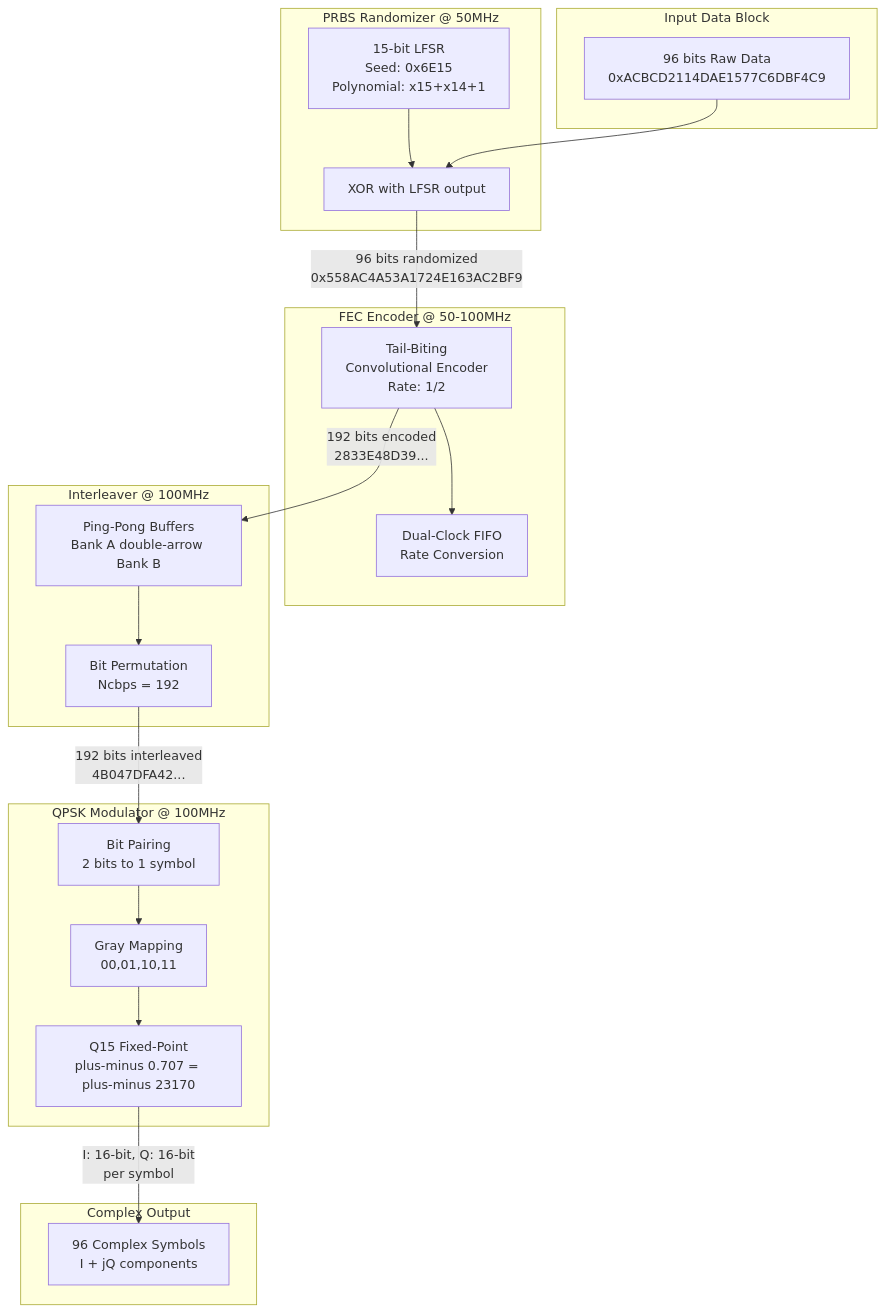
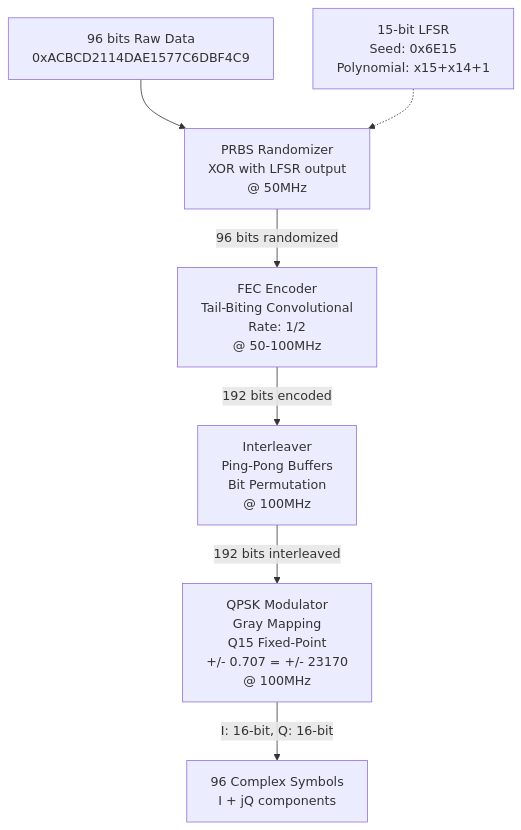
One commit to Johnny36000/ASIC_WIMAX_Project_Team_1 changed the first of 2 diagrams in README.md. Above: the diagram before and after it, drawn with Mermaid. The commit also changed other lines of this file and 34 other files, not shown here.

````diff
--- a/README.md
+++ b/README.md
@@ -38,41 +38,22 @@
 ```mermaid
 flowchart TD
-    subgraph Input[Input Data Block]
-        IN[96 bits Raw Data<br/>0xACBCD2114DAE1577C6DBF4C9]
-    end
+    IN[96 bits Raw Data<br/>0xACBCD2114DAE1577C6DBF4C9]
     
-    subgraph PRBS[PRBS Randomizer @ 50MHz]
-        LFSR[15-bit LFSR<br/>Seed: 0x6E15<br/>Polynomial: x15+x14+1]
-        XOR1[XOR with LFSR output]
-        LFSR --> XOR1
-    end
+    LFSR[15-bit LFSR<br/>Seed: 0x6E15<br/>Polynomial: x15+x14+1]
+    XOR1[PRBS Randomizer<br/>XOR with LFSR output<br/>@ 50MHz]
     
-    subgraph FEC[FEC Encoder @ 50-100MHz]
-        CONV[Tail-Biting<br/>Convolutional Encoder<br/>Rate: 1/2]
-        FIFO[Dual-Clock FIFO<br/>Rate Conversion]
-        CONV --> FIFO
-    end
+    CONV[FEC Encoder<br/>Tail-Biting Convolutional<br/>Rate: 1/2<br/>@ 50-100MHz]
     
-    subgraph INTER[Interleaver @ 100MHz]
-        PINGPONG[Ping-Pong Buffers<br/>Bank A double-arrow Bank B]
-        PERM[Bit Permutation<br/>Ncbps = 192]
-        PINGPONG --> PERM
-    end
+    PINGPONG[Interleaver<br/>Ping-Pong Buffers<br/>Bit Permutation<br/>@ 100MHz]
     
-    subgraph MOD[QPSK Modulator @ 100MHz]
-        PAIR[Bit Pairing<br/>2 bits to 1 symbol]
-        GRAY[Gray Mapping<br/>00,01,10,11]
-        Q15[Q15 Fixed-Point<br/>plus-minus 0.707 = plus-minus 23170]
-        PAIR --> GRAY --> Q15
-    end
+    MOD[QPSK Modulator<br/>Gray Mapping<br/>Q15 Fixed-Point<br/>+/- 0.707 = +/- 23170<br/>@ 100MHz]
     
-    subgraph Output[Complex Output]
-        IQ[96 Complex Symbols<br/>I + jQ components]
-    end
+    IQ[96 Complex Symbols<br/>I + jQ components]
     
     IN --> XOR1
-    XOR1 -->|96 bits randomized<br/>0x558AC4A53A1724E163AC2BF9| CONV
-    CONV -->|192 bits encoded<br/>2833E48D39...| PINGPONG
-    PERM -->|192 bits interleaved<br/>4B047DFA42...| PAIR
-    Q15 -->|I: 16-bit, Q: 16-bit<br/>per symbol| IQ
+    LFSR -.-> XOR1
+    XOR1 -->|96 bits randomized| CONV
+    CONV -->|192 bits encoded| PINGPONG
+    PINGPONG -->|192 bits interleaved| MOD
+    MOD -->|I: 16-bit, Q: 16-bit| IQ
 ```
````
